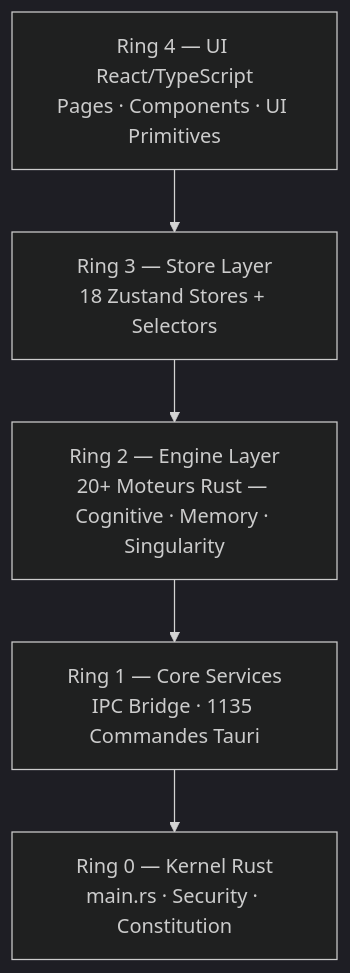
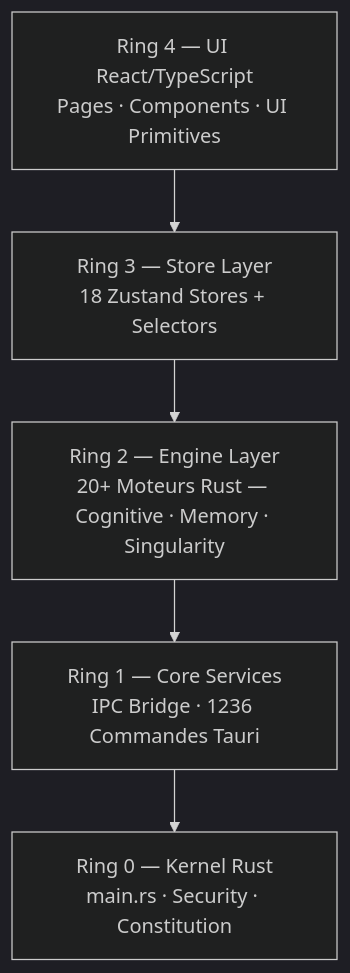
One commit to KallokTherok1994/TITANE_INFINITY changed the diagram in docs/ARCHITECTURE.md. Above: the diagram before and after it, drawn with Mermaid (dark theme). The commit also changed other lines of this file and 2 other files, not shown here.

Commit message:
Reconcile IPC command count to 1236, update cartography to v30.1.6
Agent-Logs-Url: https://github.com/KallokTherok1994/TITANE_INFINITY/sessions/c79c4d37-9543-4dd9-9501-724e611ece9a

````diff
--- a/docs/ARCHITECTURE.md
+++ b/docs/ARCHITECTURE.md
@@ -25,13 +25,13 @@
 ```mermaid
 graph TD
     R4["Ring 4 — UI React/TypeScript<br/>Pages · Components · UI Primitives"]
     R3["Ring 3 — Store Layer<br/>18 Zustand Stores + Selectors"]
     R2["Ring 2 — Engine Layer<br/>20+ Moteurs Rust — Cognitive · Memory · Singularity"]
-    R1["Ring 1 — Core Services<br/>IPC Bridge · 1135 Commandes Tauri"]
+    R1["Ring 1 — Core Services<br/>IPC Bridge · 1236 Commandes Tauri"]
     R0["Ring 0 — Kernel Rust<br/>main.rs · Security · Constitution"]
 
     R4 --> R3
     R3 --> R2
     R2 --> R1
     R1 --> R0
 ```
````
